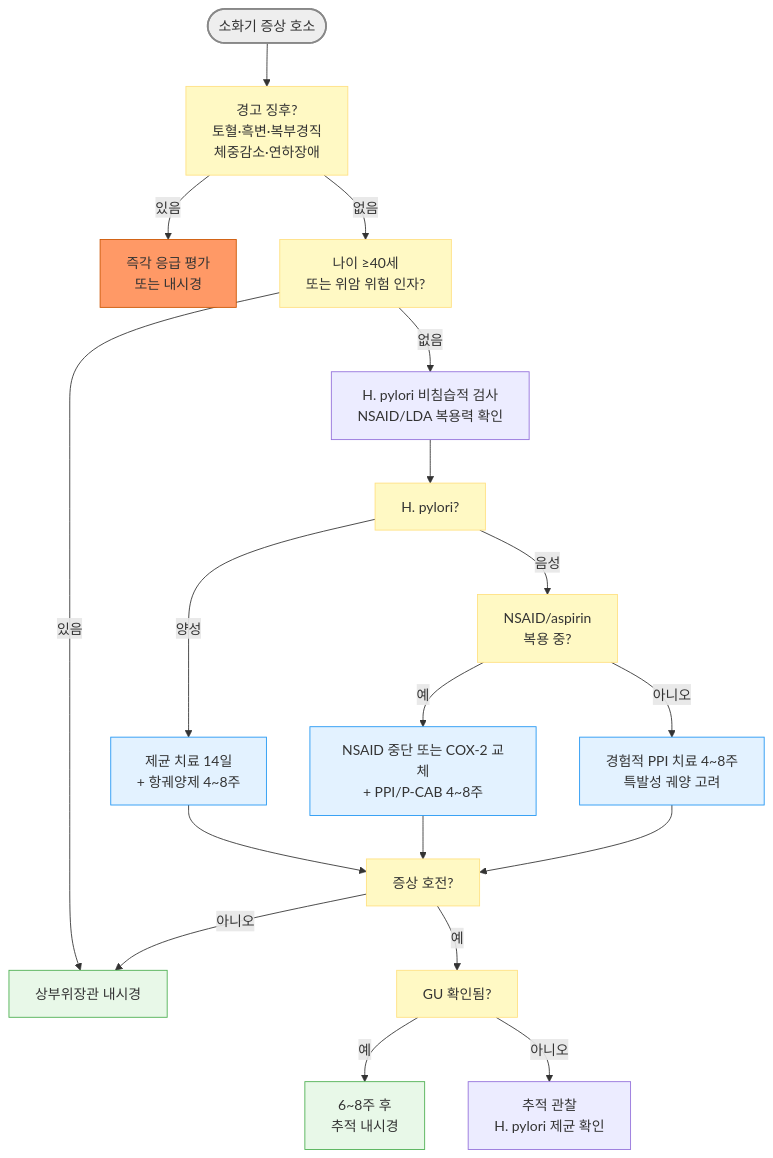
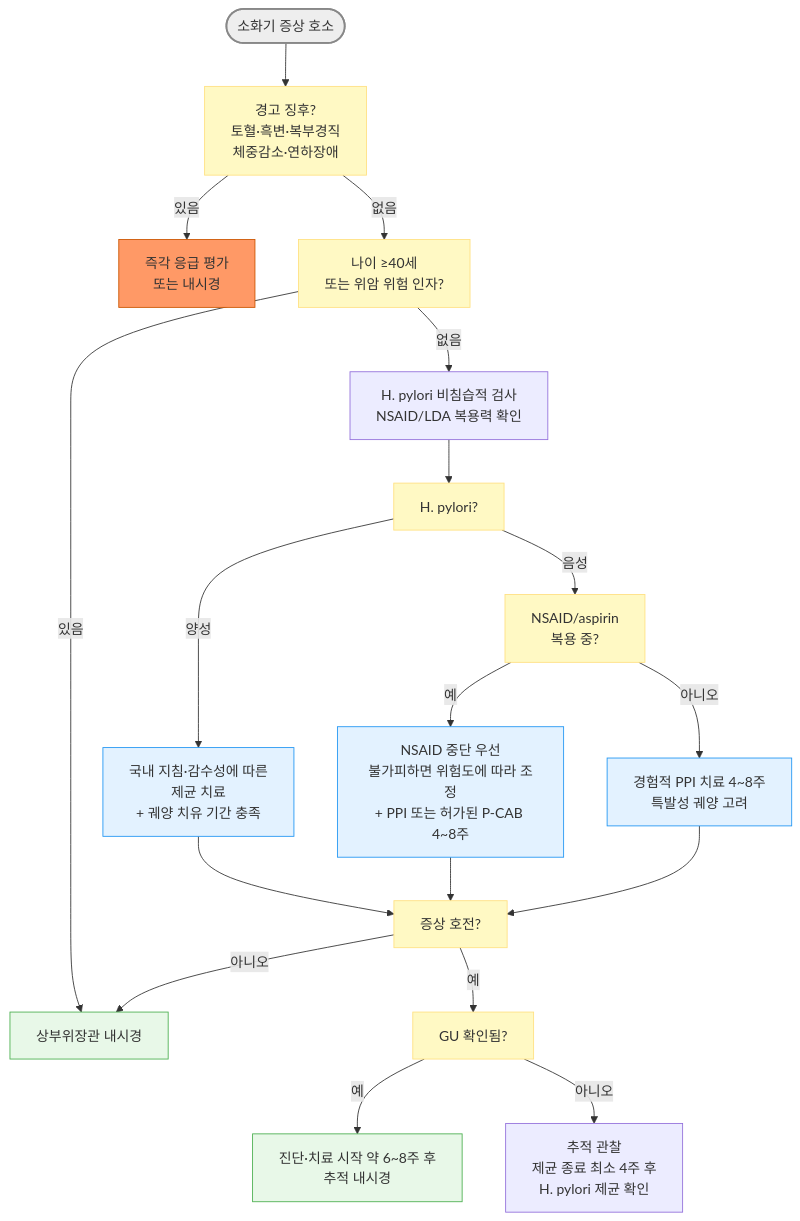
Before and after one commit to familyoh77/familyoh77: the first of 2 diagrams in 224_/079_-peptic-ulcer-pud.md, drawn with Mermaid. The commit also changed other lines of this file and 15 other files, not shown here.

````diff
--- a/224_/079_-peptic-ulcer-pud.md
+++ b/224_/079_-peptic-ulcer-pud.md
@@ -122,29 +126,29 @@
 ```mermaid
 graph TD
 A([소화기 증상 호소]) --> B[경고 징후?<br/>토혈·흑변·복부경직<br/>체중감소·연하장애]
     B -- 있음 --> C[즉각 응급 평가<br/>또는 내시경]
     B -- 없음 --> D[나이 ≥40세<br/>또는 위암 위험 인자?]
     D -- 있음 ---> E[상부위장관 내시경]
     D -- 없음 --> F[H. pylori 비침습적 검사<br/>NSAID/LDA 복용력 확인]
     F --> G[H. pylori?]
-    G -- 양성 --> H[제균 치료 14일<br/>+ 항궤양제 4~8주]
+    G -- 양성 --> H[국내 지침·감수성에 따른<br/>제균 치료<br/>+ 궤양 치유 기간 충족]
     G -- 음성 --> I[NSAID/aspirin<br/>복용 중?]
-    I -- 예 --> J[NSAID 중단 또는 COX-2 교체<br/>+ PPI/P-CAB 4~8주]
+    I -- 예 --> J[NSAID 중단 우선<br/>불가피하면 위험도에 따라 조정<br/>+ PPI 또는 허가된 P-CAB 4~8주]
     I -- 아니오 --> K[경험적 PPI 치료 4~8주<br/>특발성 궤양 고려]
     H --> L[증상 호전?]
     J --> L
     K --> L
     L -- 아니오 --> E
     L -- 예 --> M[GU 확인됨?]
-    M -- 예 --> N[6~8주 후<br/>추적 내시경]
-    M -- 아니오 --> O[추적 관찰<br/>H. pylori 제균 확인]
+    M -- 예 --> N[진단·치료 시작 약 6~8주 후<br/>추적 내시경]
+    M -- 아니오 --> O[추적 관찰<br/>제균 종료 최소 4주 후<br/>H. pylori 제균 확인]
 
 style A fill:#eeeeee,stroke:#888888,stroke-width:2px
 classDef yellow fill:#fff9c4,stroke:#ffe082
 class B,D,G,I,L,M yellow
 style C fill:#ff9966,stroke:#cc5500
 classDef sky fill:#e3f2ff,stroke:#2196f3
 class H,J,K sky
 classDef lightGreen fill:#e8f8e8,stroke:#4caf50
 class E,N lightGreen
 ```
````
